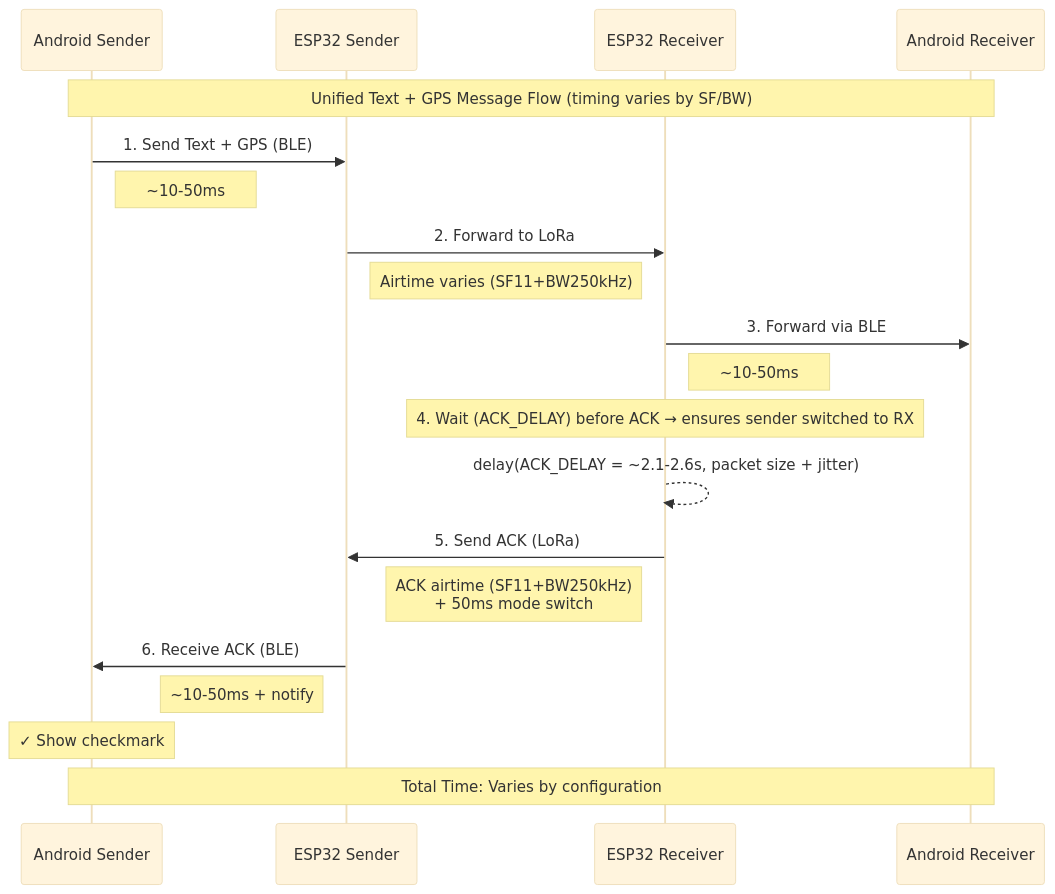
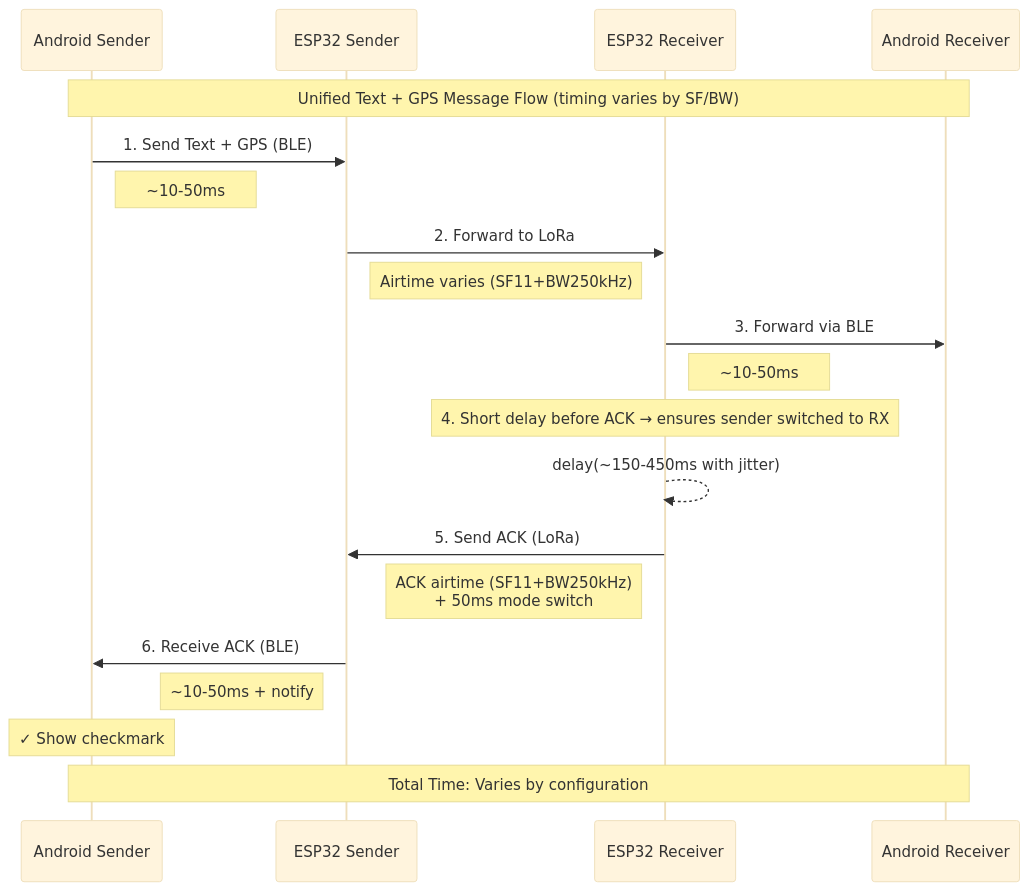
The second of 3 diagrams in README.md (psytraxx/android-lora-ble-bridge), drawn with Mermaid (base theme) before and after one commit. The commit also changed other lines of this file and 19 other files, not shown here.

````diff
--- a/README.md
+++ b/README.md
@@ -404,32 +396,32 @@
 ```mermaid
 sequenceDiagram
     participant AS as Android Sender
     participant ES as ESP32 Sender
     participant ER as ESP32 Receiver
     participant AR as Android Receiver
 
     Note over AS,AR: Unified Text + GPS Message Flow (timing varies by SF/BW)
 
     AS->>ES: 1. Send Text + GPS (BLE)
     Note right of AS: ~10-50ms
 
     ES->>ER: 2. Forward to LoRa
     Note right of ES: Airtime varies (SF11+BW250kHz)
 
     ER->>AR: 3. Forward via BLE
     Note right of ER: ~10-50ms
 
 
-  Note over ER: 4. Wait (ACK_DELAY) before ACK → ensures sender switched to RX
-  ER-->>ER: delay(ACK_DELAY = ~2.1-2.6s, packet size + jitter)
+  Note over ER: 4. Short delay before ACK → ensures sender switched to RX
+  ER-->>ER: delay(~150-450ms with jitter)
 
   ER->>ES: 5. Send ACK (LoRa)
   Note left of ER: ACK airtime (SF11+BW250kHz)<br/>+ 50ms mode switch
 
   ES->>AS: 6. Receive ACK (BLE)
   Note left of ES: ~10-50ms + notify
 
     Note over AS: ✓ Show checkmark
 
     Note over AS,AR: Total Time: Varies by configuration
 ```
````
